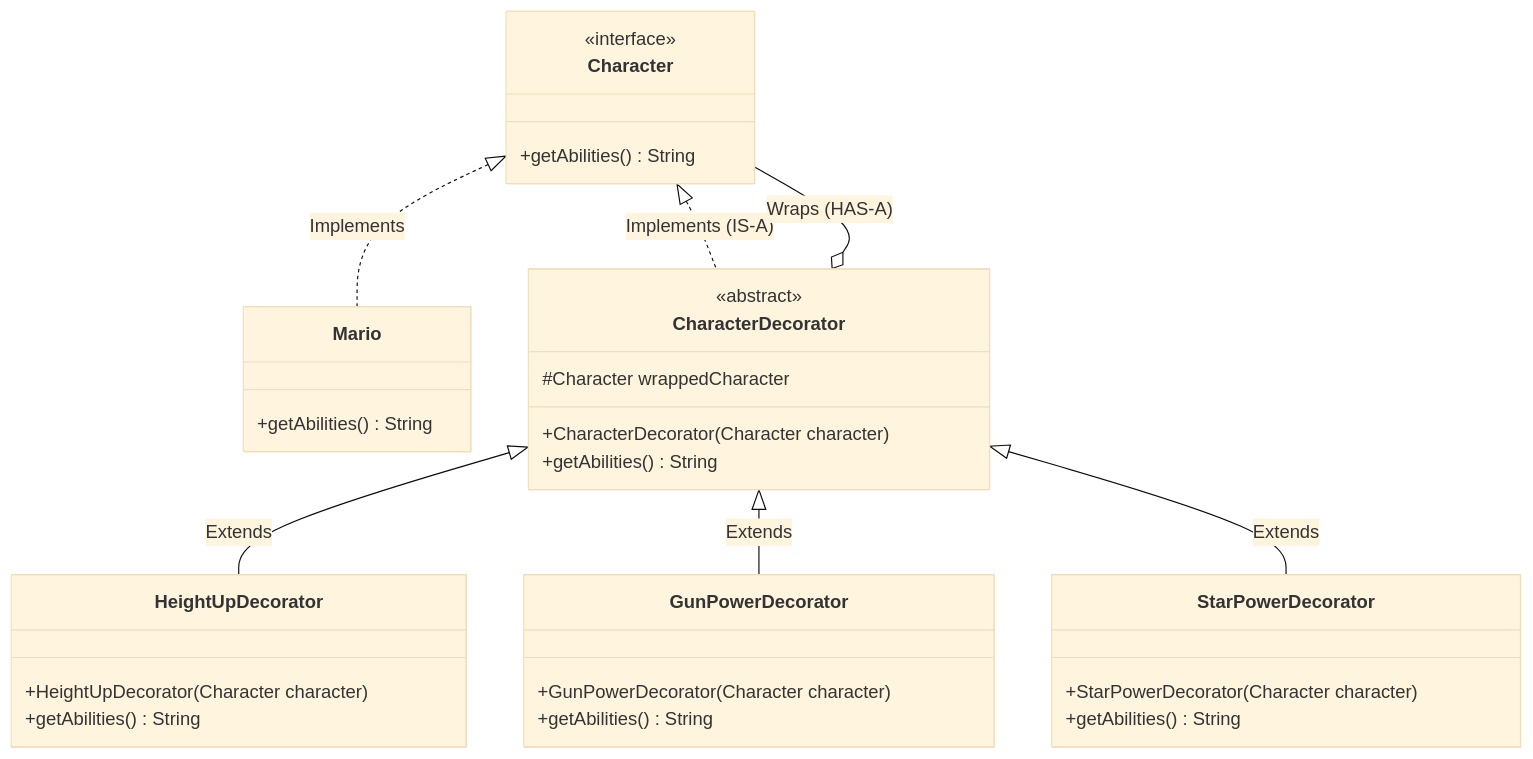
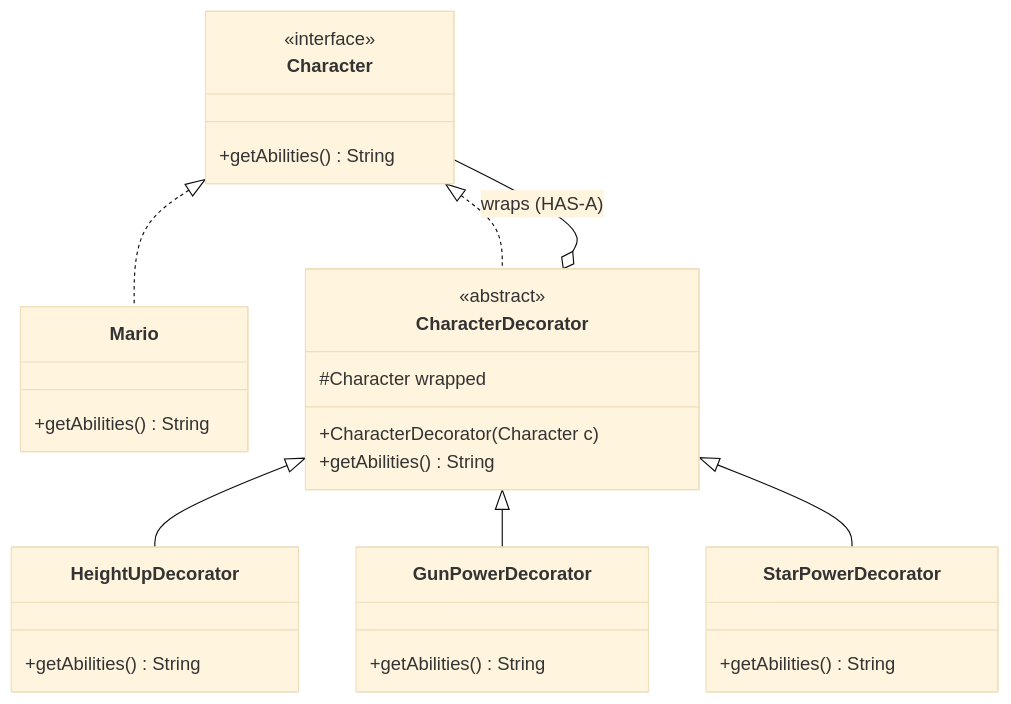
The diagram in 04-OOPs-and-Design-Patterns/03-Design-Patterns/13-Decorator-Design-Pattern.md (rohithgowda18/Notes), drawn with Mermaid (base theme) before and after one commit. The commit also changed other lines of this file and 17 other files, not shown here.

````diff
--- a/04-OOPs-and-Design-Patterns/03-Design-Patterns/13-Decorator-Design-Pattern.md
+++ b/04-OOPs-and-Design-Patterns/03-Design-Patterns/13-Decorator-Design-Pattern.md
@@ -103,42 +64,35 @@
 ```mermaid
 classDiagram
     class Character {
         <<interface>>
         +getAbilities() String
     }
 
     class Mario {
         +getAbilities() String
     }
 
-    Character <|.. Mario : Implements
-
     class CharacterDecorator {
         <<abstract>>
-        #Character wrappedCharacter
-        +CharacterDecorator(Character character)
+        #Character wrapped
+        +CharacterDecorator(Character c)
         +getAbilities() String
     }
 
-    Character <|.. CharacterDecorator : Implements (IS-A)
-    CharacterDecorator o-- Character : Wraps (HAS-A)
-
     class HeightUpDecorator {
-        +HeightUpDecorator(Character character)
+        +getAbilities() String
+    }
+    class GunPowerDecorator {
+        +getAbilities() String
+    }
+    class StarPowerDecorator {
         +getAbilities() String
     }
 
-    class GunPowerDecorator {
-        +GunPowerDecorator(Character character)
-        +getAbilities() String
-    }
-
-    class StarPowerDecorator {
-        +StarPowerDecorator(Character character)
-        +getAbilities() String
-    }
-
-    CharacterDecorator <|-- HeightUpDecorator : Extends
-    CharacterDecorator <|-- GunPowerDecorator : Extends
-    CharacterDecorator <|-- StarPowerDecorator : Extends
+    Character <|.. Mario
+    Character <|.. CharacterDecorator
+    CharacterDecorator o-- Character : wraps (HAS-A)
+    CharacterDecorator <|-- HeightUpDecorator
+    CharacterDecorator <|-- GunPowerDecorator
+    CharacterDecorator <|-- StarPowerDecorator
 ```
````
